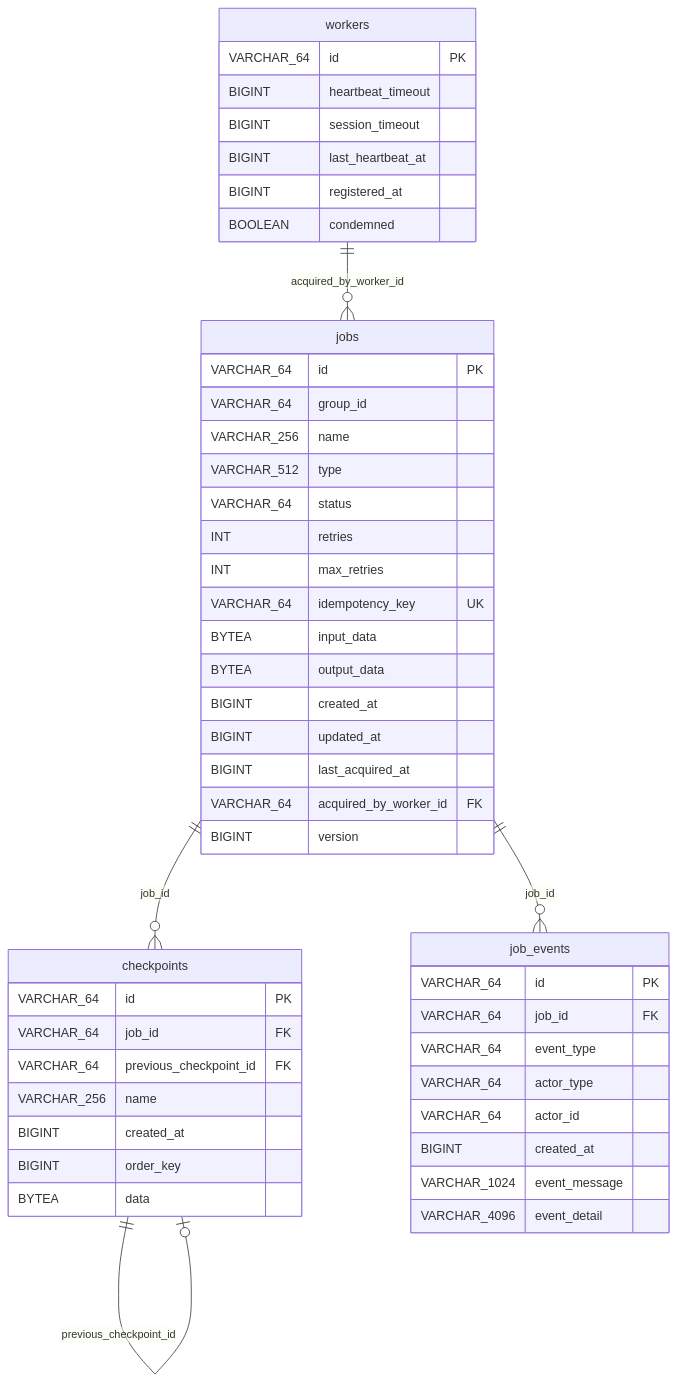
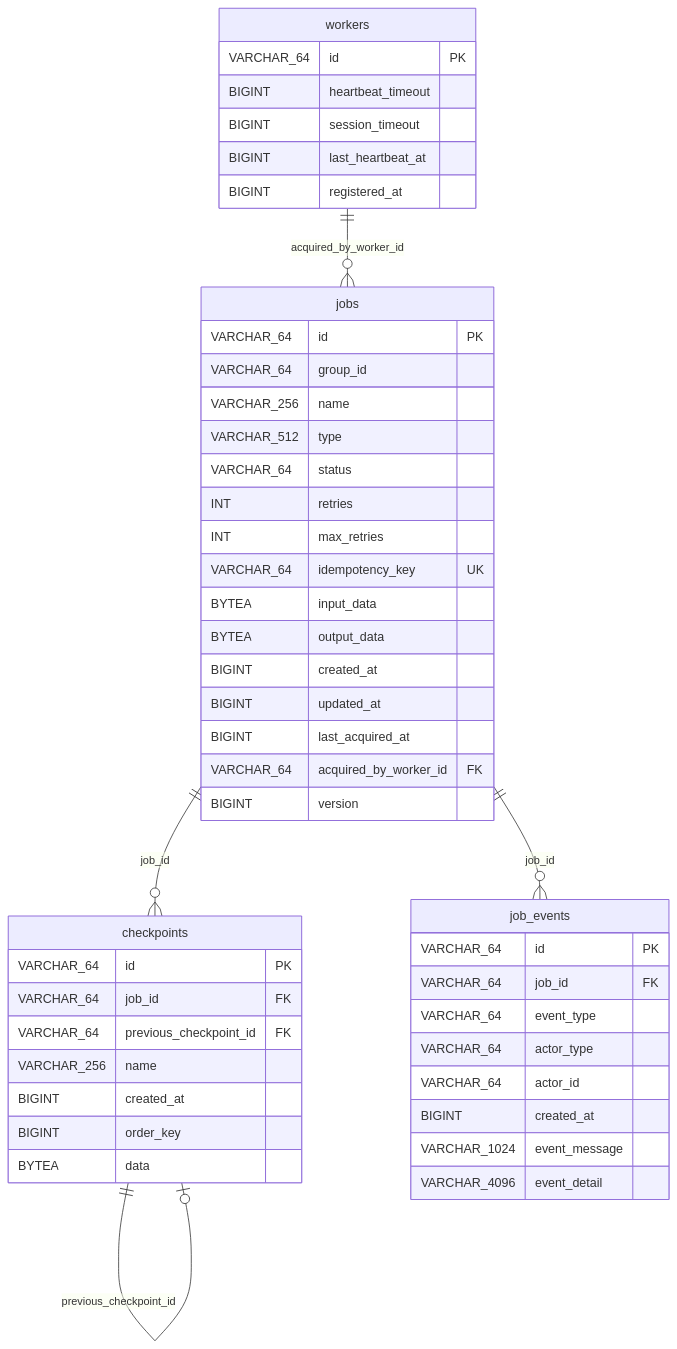
Before and after one commit to logplay-dev/logplay-server: the sixth of 8 diagrams in docs/design/DESIGN.md, drawn with Mermaid. The commit also changed other lines of this file and 53 other files, not shown here.

````diff
--- a/docs/design/DESIGN.md
+++ b/docs/design/DESIGN.md
@@ -745,55 +741,54 @@
 ```mermaid
 erDiagram
     workers {
         VARCHAR_64 id PK
         BIGINT heartbeat_timeout
         BIGINT session_timeout
         BIGINT last_heartbeat_at
         BIGINT registered_at
-        BOOLEAN condemned
     }
 
     jobs {
         VARCHAR_64 id PK
         VARCHAR_64 group_id
         VARCHAR_256 name
         VARCHAR_512 type
         VARCHAR_64 status
         INT retries
         INT max_retries
         VARCHAR_64 idempotency_key UK
         BYTEA input_data
         BYTEA output_data
         BIGINT created_at
         BIGINT updated_at
         BIGINT last_acquired_at
         VARCHAR_64 acquired_by_worker_id FK
         BIGINT version
     }
 
     checkpoints {
         VARCHAR_64 id PK
         VARCHAR_64 job_id FK
         VARCHAR_64 previous_checkpoint_id FK
         VARCHAR_256 name
         BIGINT created_at
         BIGINT order_key
         BYTEA data
     }
 
     job_events {
         VARCHAR_64 id PK
         VARCHAR_64 job_id FK
         VARCHAR_64 event_type
         VARCHAR_64 actor_type
         VARCHAR_64 actor_id
         BIGINT created_at
         VARCHAR_1024 event_message
         VARCHAR_4096 event_detail
     }
 
     workers ||--o{ jobs : "acquired_by_worker_id"
     jobs ||--o{ checkpoints : "job_id"
     jobs ||--o{ job_events : "job_id"
     checkpoints ||--o| checkpoints : "previous_checkpoint_id"
 ```
````
